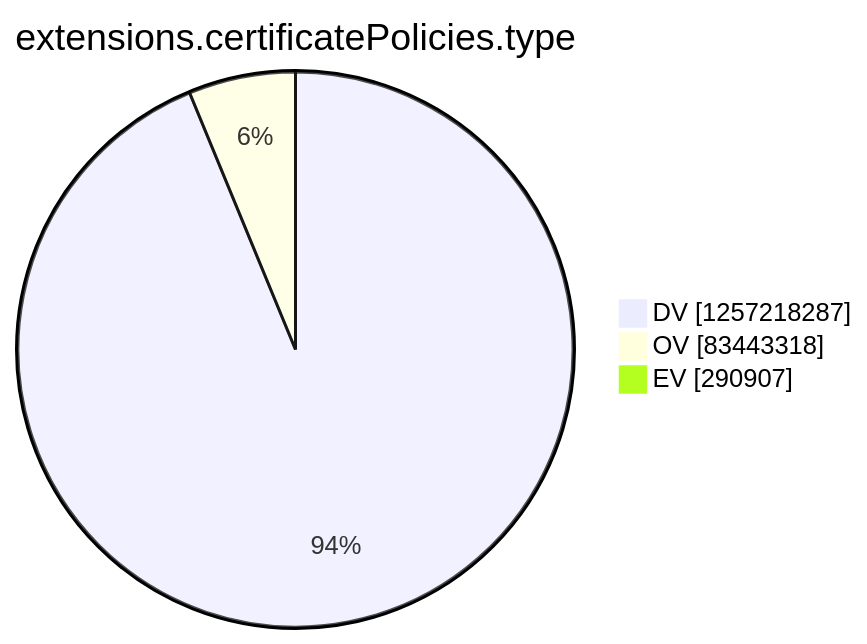
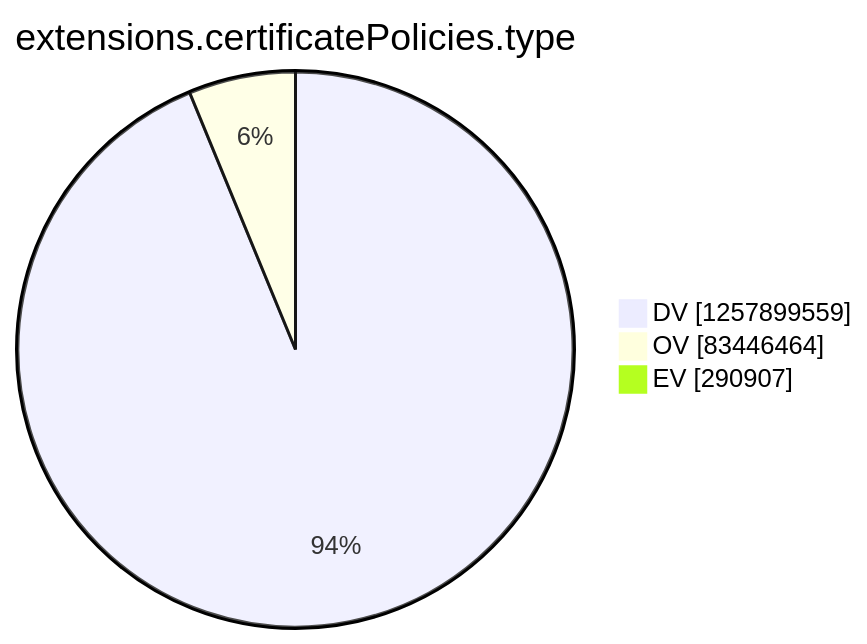
The tenth of 15 diagrams in argon2022/README.md (christiankrug/ctmonitor_visualization), drawn with Mermaid before and after one commit. The commit also changed other lines of this file, not shown here.

````diff
--- a/argon2022/README.md
+++ b/argon2022/README.md
@@ -2771,7 +2771,7 @@
 ```mermaid
 pie showData
 title extensions.certificatePolicies.type
-"DV" :1257218287
-"OV" :83443318
+"DV" :1257899559
+"OV" :83446464
 "EV" :290907
 ```
````
